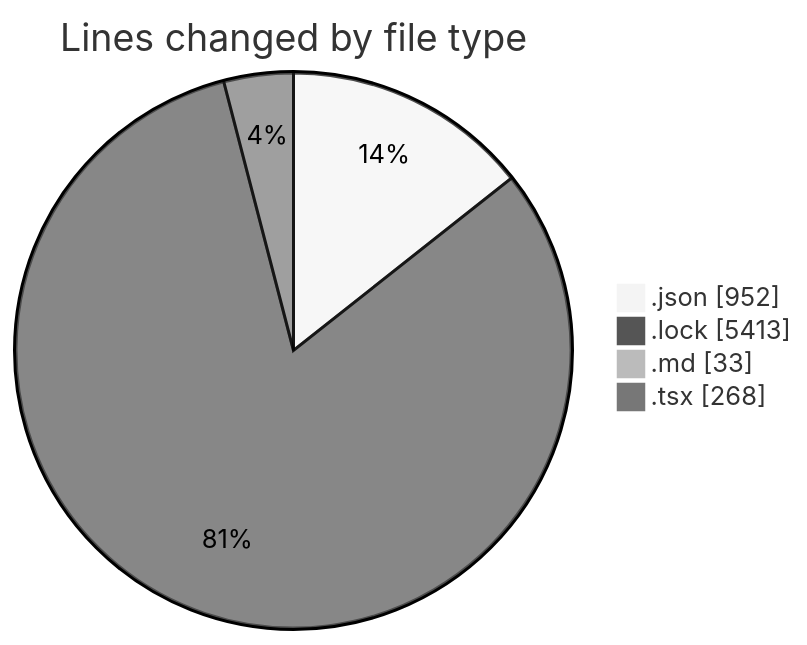
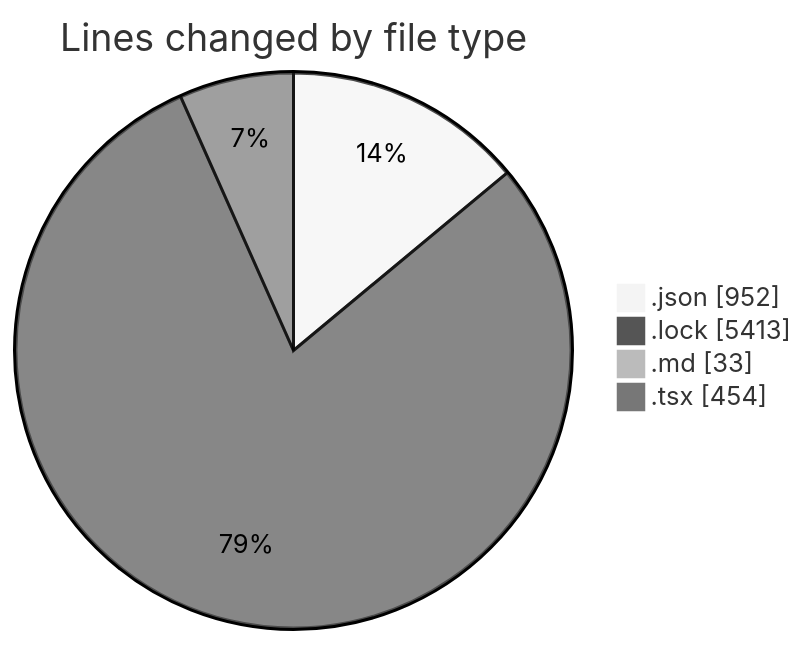
The first of 2 diagrams in 2025-08-11/ribbon/README.md (EIIisD/code-tracking), drawn with Mermaid (neutral theme) before and after one commit. The commit also changed other lines of this file and 1 other file, not shown here.

````diff
--- a/2025-08-11/ribbon/README.md
+++ b/2025-08-11/ribbon/README.md
@@ -28,8 +30,8 @@
 ```mermaid
 pie showData
 title Lines changed by file type
 ".json" : 952
 ".lock" : 5413
 ".md" : 33
-".tsx" : 268
+".tsx" : 454
 ```
````
